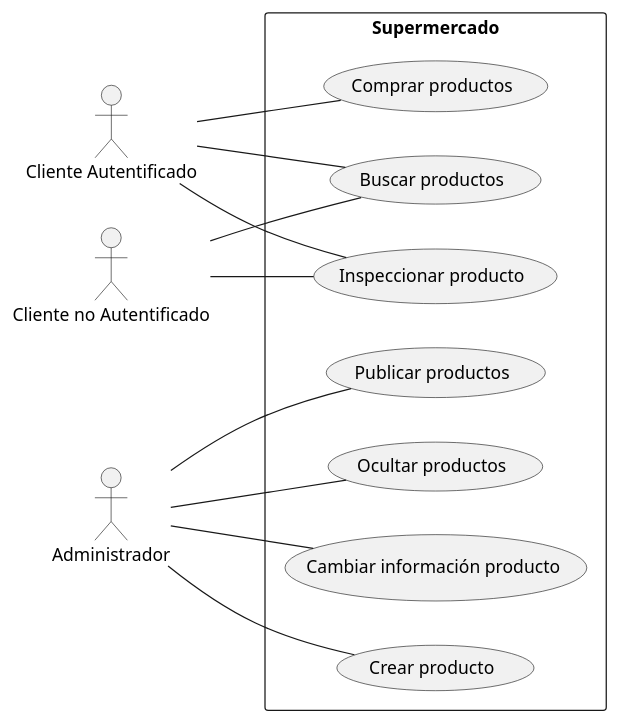
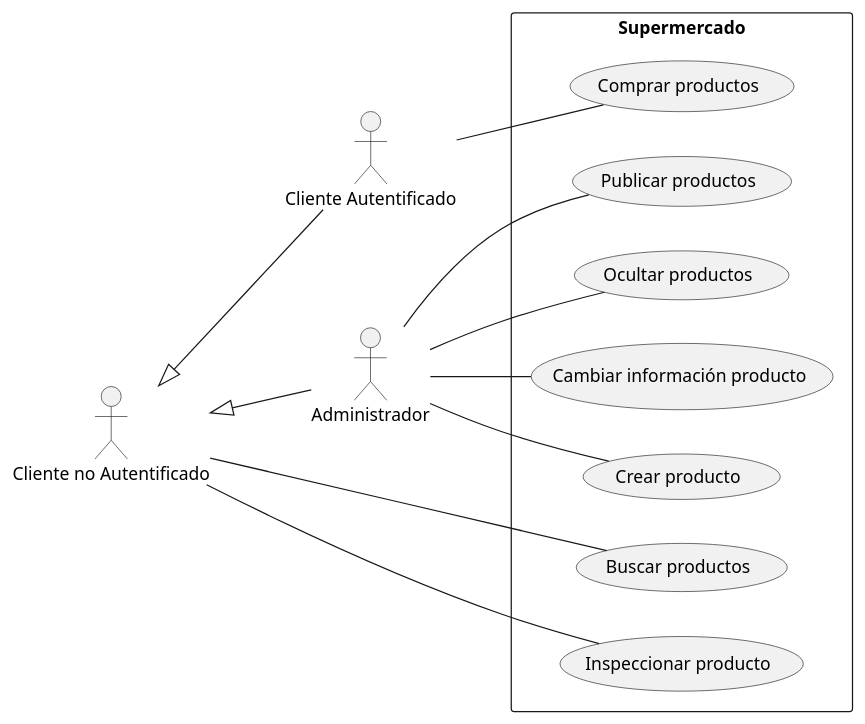
Before and after one commit to mramiroz/Proyecto-Julian: the diagram in docs/analisis/Caso.md, drawn with PlantUML.

Commit message:
Actualizado Caso.md

```diff
--- a/docs/analisis/Caso.md
+++ b/docs/analisis/Caso.md
@@ -1,27 +1,27 @@
 @startuml
 left to right direction
+:Cliente no Autentificado: as CLNA
 :Cliente Autentificado: as CLA
-:Cliente no Autentificado: as CLNA
 :Administrador: as AD
 
 rectangle Supermercado {
     usecase "Buscar productos" as UC1
     usecase "Inspeccionar producto" as UC2
     usecase "Comprar productos" as UC3
     usecase "Crear producto" as UC4
     usecase "Publicar productos" as UC5
     usecase "Ocultar productos" as UC6
     usecase "Cambiar información producto" as UC7
 }
 
-CLA -- UC1
-CLA -- UC2
-CLA -- UC3
+CLNA <|-- CLA
+CLNA <|-- AD
 CLNA -- UC1
 CLNA -- UC2
+CLA -- UC3
 AD -- UC4
 AD -- UC5
 AD -- UC6
 AD -- UC7
 
 @enduml
```
